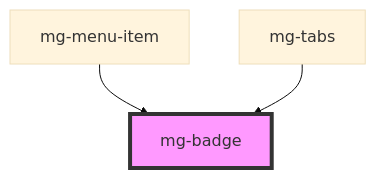
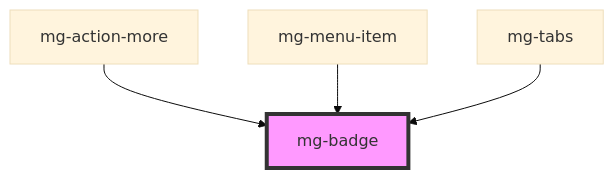
One commit to MGDIS/mg-components changed the diagram in src/components/atoms/mg-badge/readme.md. Above: the diagram before and after it, drawn with Mermaid (base theme). The commit also changed other lines of this file and 24 other files, not shown here.

First line of the commit message:
feat(mgActionMore): remove issue in changelog

````diff
--- a/src/components/atoms/mg-badge/readme.md
+++ b/src/components/atoms/mg-badge/readme.md
@@ -44,6 +45,7 @@
 ```mermaid
 graph TD;
+  mg-action-more --> mg-badge
   mg-menu-item --> mg-badge
   mg-tabs --> mg-badge
   style mg-badge fill:#f9f,stroke:#333,stroke-width:4px
 ```
````
